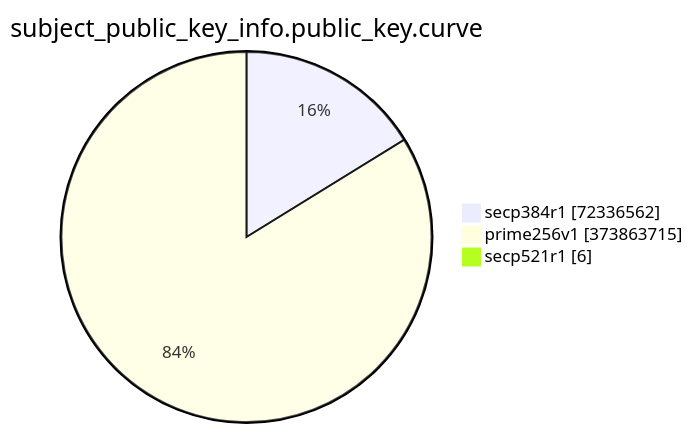
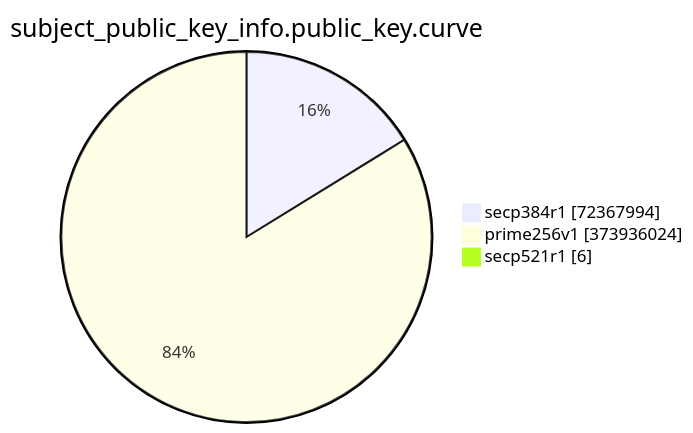
One commit to christiankrug/ctmonitor_visualization changed the eighth of 15 diagrams in TOTAL/README.md. Above: the diagram before and after it, drawn with Mermaid. The commit also changed other lines of this file, not shown here.

````diff
--- a/TOTAL/README.md
+++ b/TOTAL/README.md
@@ -3094,7 +3094,7 @@
 ```mermaid
 pie showData
 title subject_public_key_info.public_key.curve
-"secp384r1" :72336562
-"prime256v1" :373863715
+"secp384r1" :72367994
+"prime256v1" :373936024
 "secp521r1" :6
 ```
````
